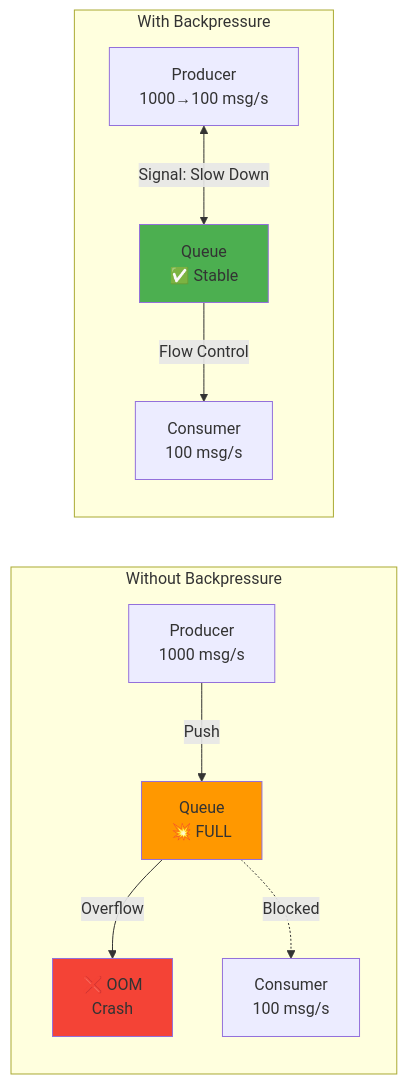
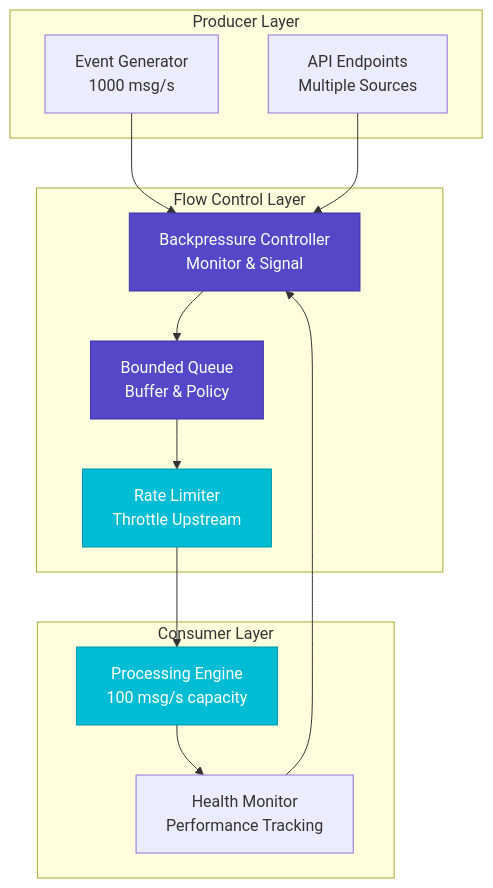
Before and after one commit to deepaucksharma/DStudio: the second of 6 diagrams in docs/pattern-library/scaling/backpressure.md, drawn with Mermaid. The commit also changed other lines of this file and 23 other files, not shown here.

````diff
--- a/docs/pattern-library/scaling/backpressure.md
+++ b/docs/pattern-library/scaling/backpressure.md
@@ -105,17 +113,32 @@
 ```mermaid
-graph LR
-    subgraph "Without Backpressure"
-        P1["Producer<br/>1000 msg/s"] -->|Push| Q1["Queue<br/>💥 FULL"]
-        Q1 -->|Overflow| X["❌ OOM<br/>Crash"]
-        Q1 -.->|Blocked| C1["Consumer<br/>100 msg/s"]
+graph TB
+    subgraph "Producer Layer"
+        A[Event Generator<br/>1000 msg/s]
+        B[API Endpoints<br/>Multiple Sources]
     end
     
-    subgraph "With Backpressure"
-        P2["Producer<br/>1000→100 msg/s"] <-->|"Signal: Slow Down"| Q2["Queue<br/>✅ Stable"]
-        Q2 -->|Flow Control| C2["Consumer<br/>100 msg/s"]
+    subgraph "Flow Control Layer"
+        C[Backpressure Controller<br/>Monitor & Signal]
+        D[Bounded Queue<br/>Buffer & Policy]
+        E[Rate Limiter<br/>Throttle Upstream]
     end
     
-    style X fill:#f44336
-    style Q1 fill:#ff9800
-    style Q2 fill:#4caf50
+    subgraph "Consumer Layer"
+        F[Processing Engine<br/>100 msg/s capacity]
+        G[Health Monitor<br/>Performance Tracking]
+    end
+    
+    A --> C
+    B --> C
+    C --> D
+    D --> E
+    E --> F
+    F --> G
+    G --> C
+    
+    classDef primary fill:#5448C8,stroke:#3f33a6,color:#fff
+    classDef secondary fill:#00BCD4,stroke:#0097a7,color:#fff
+    
+    class C,D primary
+    class E,F secondary
 ```
````
